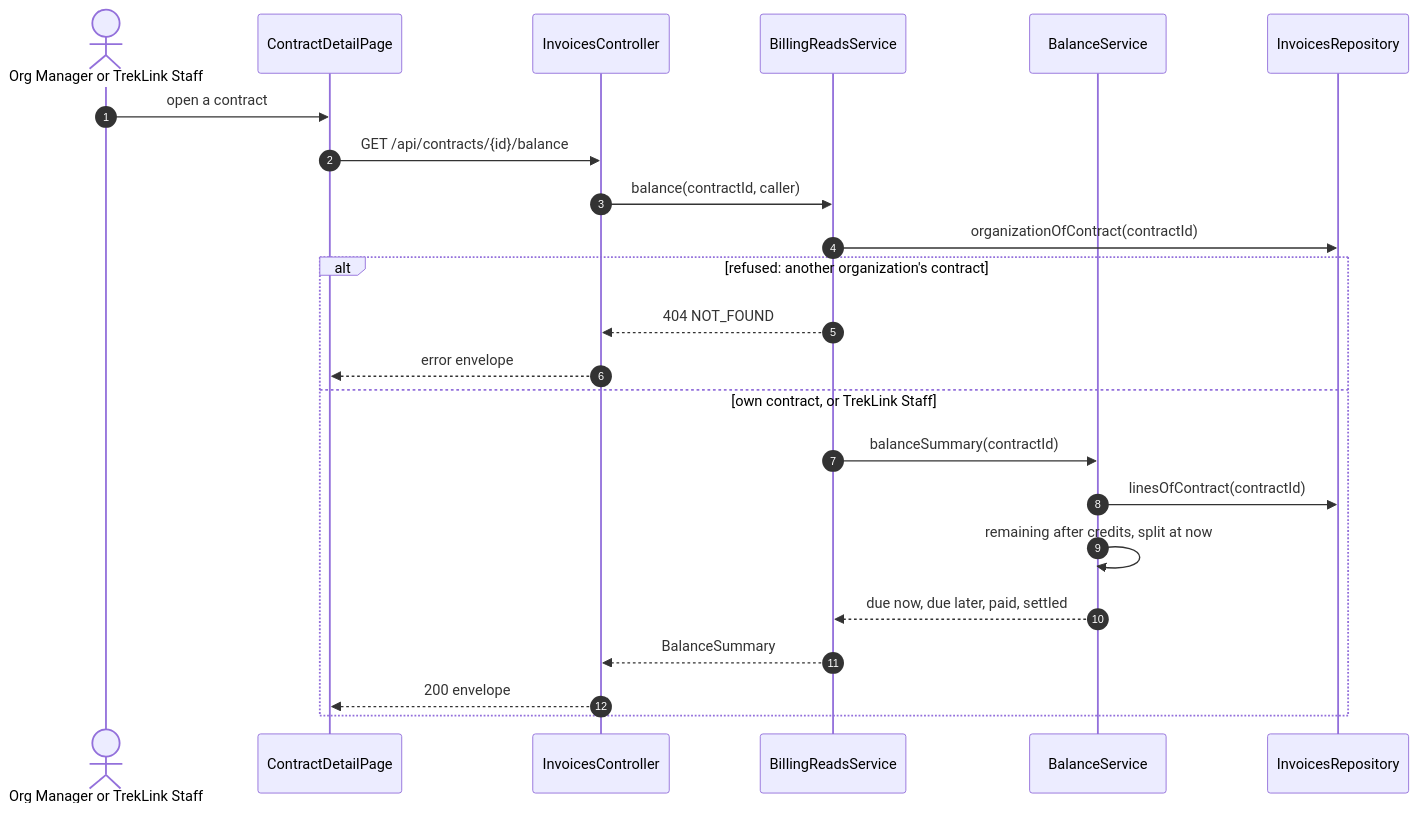
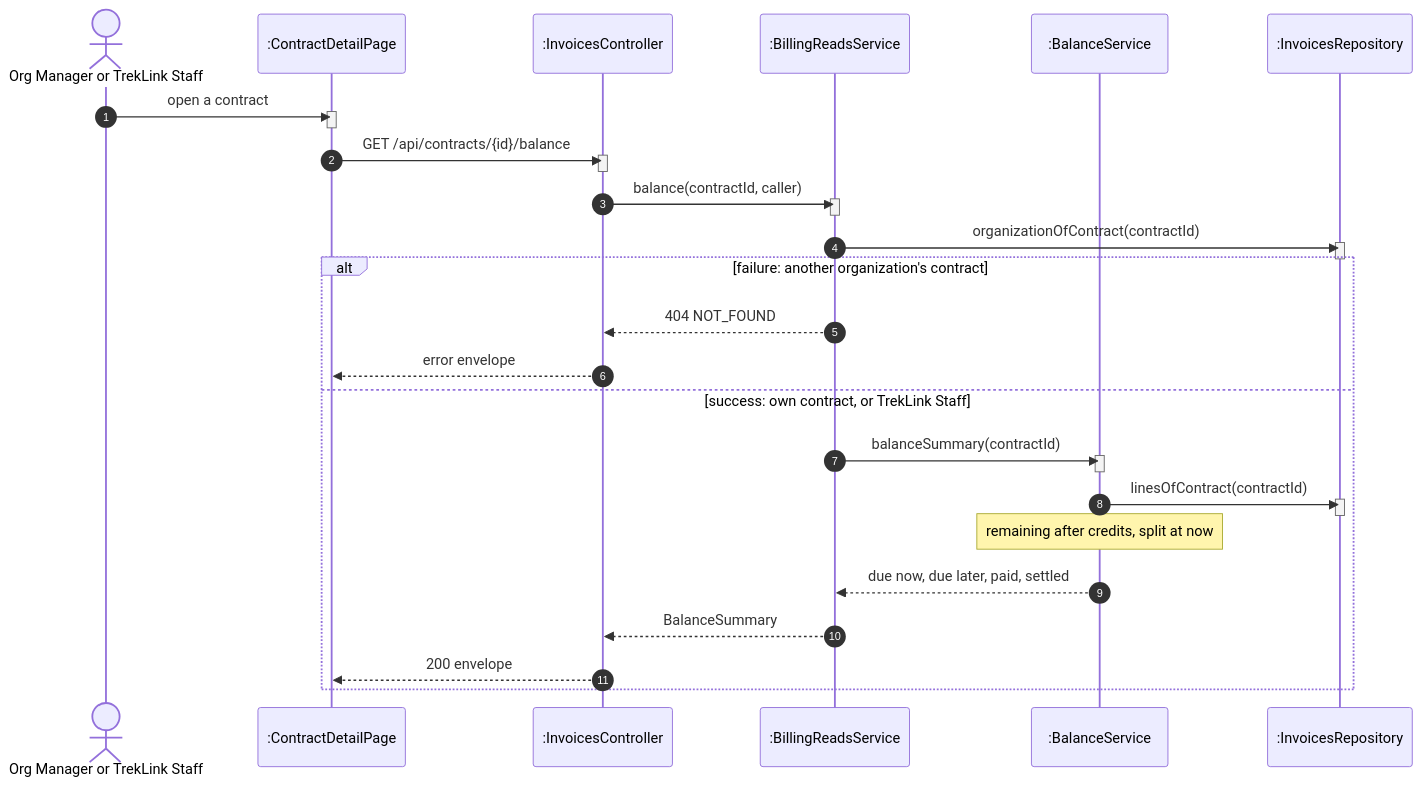
Before and after one commit to TrekLink-Team/treklink-web: diagram 15 of 17 in specs/billing/design.md, drawn with Mermaid. The commit also changed other lines of this file and 2 other files, not shown here.

First line of the commit message:
docs: one alt per sequence, code-true guards and per-use-case class panels (review of #113)

````diff
--- a/specs/billing/design.md
+++ b/specs/billing/design.md
@@ -436,25 +619,37 @@
 ```mermaid
 sequenceDiagram
     autonumber
     actor U as Org Manager or TrekLink Staff
-    participant P as ContractDetailPage
-    participant C as InvoicesController
-    participant S as BillingReadsService
-    participant B as BalanceService
-    participant I as InvoicesRepository
+    participant P as :ContractDetailPage
+    participant C as :InvoicesController
+    participant S as :BillingReadsService
+    participant B as :BalanceService
+    participant I as :InvoicesRepository
     U->>P: open a contract
+    activate P
+    deactivate P
     P->>C: GET /api/contracts/{id}/balance
+    activate C
+    deactivate C
     C->>S: balance(contractId, caller)
+    activate S
+    deactivate S
     S->>I: organizationOfContract(contractId)
-    alt refused: another organization's contract
+    activate I
+    deactivate I
+    alt failure: another organization's contract
         S-->>C: 404 NOT_FOUND
         C-->>P: error envelope
-    else own contract, or TrekLink Staff
+    else success: own contract, or TrekLink Staff
         S->>B: balanceSummary(contractId)
+        activate B
+        deactivate B
         B->>I: linesOfContract(contractId)
-        B->>B: remaining after credits, split at now
+        activate I
+        deactivate I
+        Note over B: remaining after credits, split at now
         B-->>S: due now, due later, paid, settled
         S-->>C: BalanceSummary
         C-->>P: 200 envelope
     end
 ```
````
